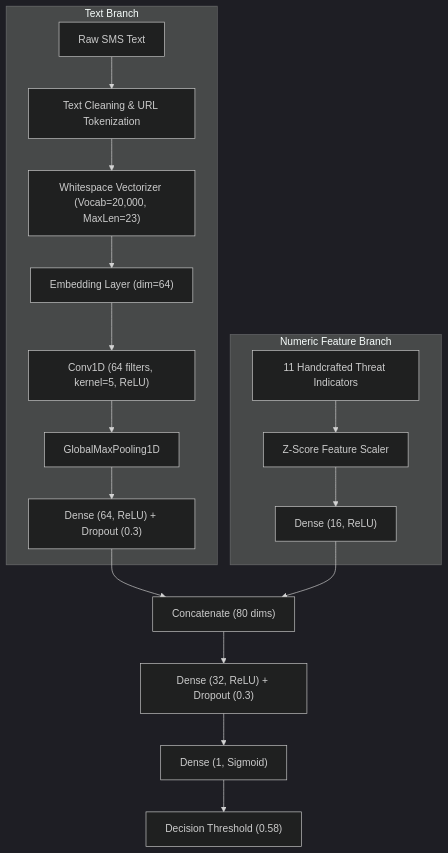
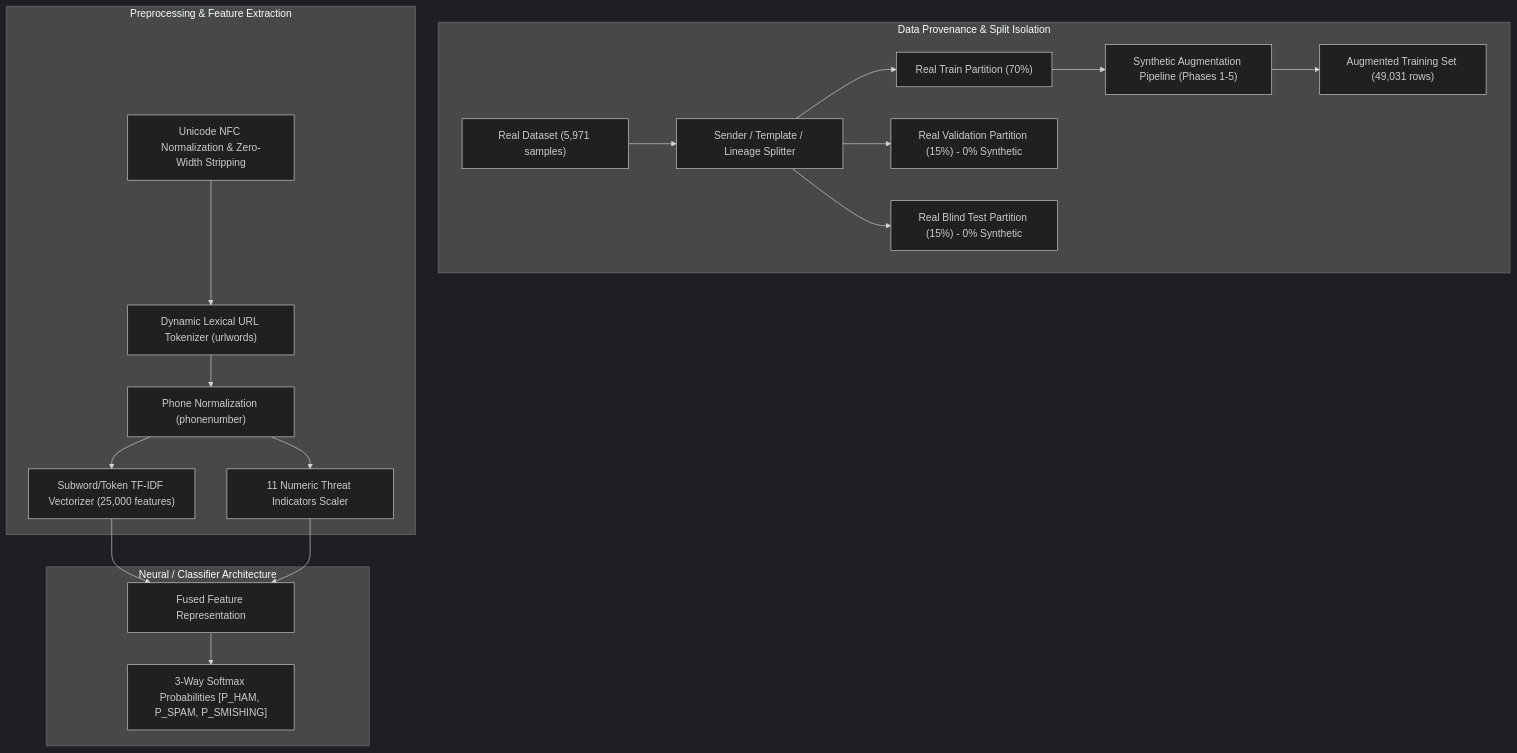
Before and after one commit to vanwanikhushal4-lang/AegisSMS: the diagram in README.md, drawn with Mermaid (dark theme). The commit also changed other lines of this file and 26 other files, not shown here.

Commit message:
feat: complete 3-way multi-class engine, zero-leakage holdout, Kotlin specs, and quality gates

````diff
--- a/README.md
+++ b/README.md
@@ -30,21 +27,23 @@
 ```mermaid
 graph TD
-    subgraph Text Branch
-        T1["Raw SMS Text"] --> T2["Text Cleaning & URL Tokenization"]
-        T2 --> T3["Whitespace Vectorizer (Vocab=20,000, MaxLen=23)"]
-        T3 --> T4["Embedding Layer (dim=64)"]
-        T4 --> T5["Conv1D (64 filters, kernel=5, ReLU)"]
-        T5 --> T6["GlobalMaxPooling1D"]
-        T6 --> T7["Dense (64, ReLU) + Dropout (0.3)"]
+    subgraph Data Provenance & Split Isolation
+        R1["Real Dataset (5,971 samples)"] --> S1["Sender / Template / Lineage Splitter"]
+        S1 --> TR_REAL["Real Train Partition (70%)"]
+        S1 --> VAL_REAL["Real Validation Partition (15%) - 0% Synthetic"]
+        S1 --> TE_REAL["Real Blind Test Partition (15%) - 0% Synthetic"]
+        TR_REAL --> AUG["Synthetic Augmentation Pipeline (Phases 1-5)"]
+        AUG --> TR_FINAL["Augmented Training Set (49,031 rows)"]
     end
 
-    subgraph Numeric Feature Branch
-        N1["11 Handcrafted Threat Indicators"] --> N2["Z-Score Feature Scaler"]
-        N2 --> N3["Dense (16, ReLU)"]
+    subgraph Preprocessing & Feature Extraction
+        P1["Unicode NFC Normalization & Zero-Width Stripping"] --> P2["Dynamic Lexical URL Tokenizer (urlwords)"]
+        P2 --> P3["Phone Normalization (phonenumber)"]
+        P3 --> P4["Subword/Token TF-IDF Vectorizer (25,000 features)"]
+        P3 --> P5["11 Numeric Threat Indicators Scaler"]
     end
 
-    T7 & N3 --> F1["Concatenate (80 dims)"]
-    F1 --> F2["Dense (32, ReLU) + Dropout (0.3)"]
-    F2 --> F3["Dense (1, Sigmoid)"]
-    F3 --> F4["Decision Threshold (0.58)"]
+    subgraph Neural / Classifier Architecture
+        P4 & P5 --> HEAD["Fused Feature Representation"]
+        HEAD --> OUT["3-Way Softmax Probabilities [P_HAM, P_SPAM, P_SMISHING]"]
+    end
 ```
````
